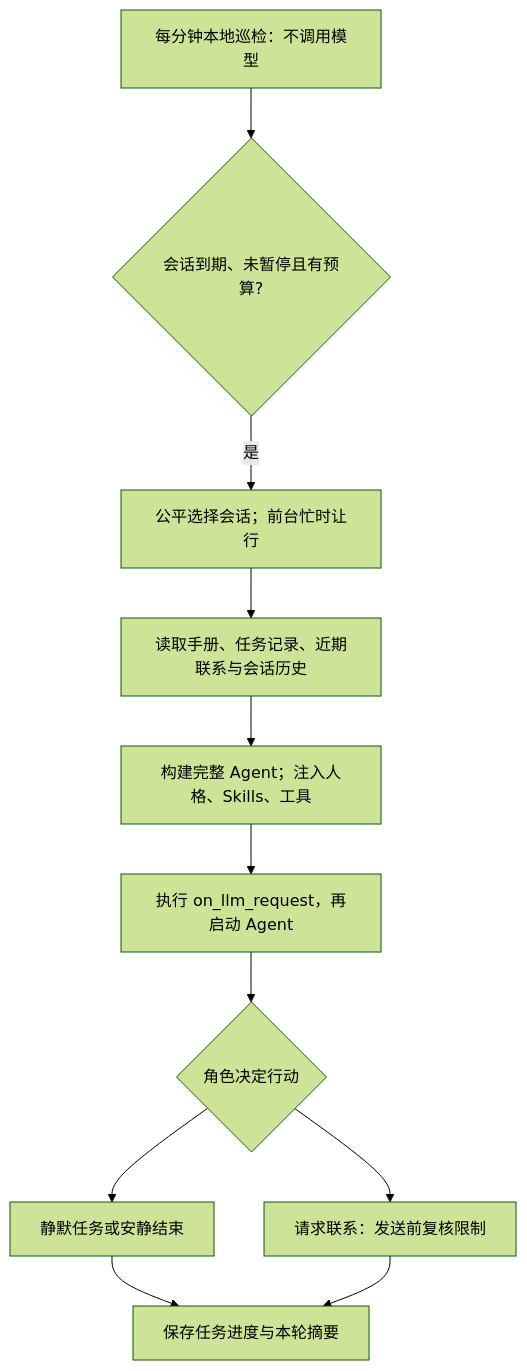
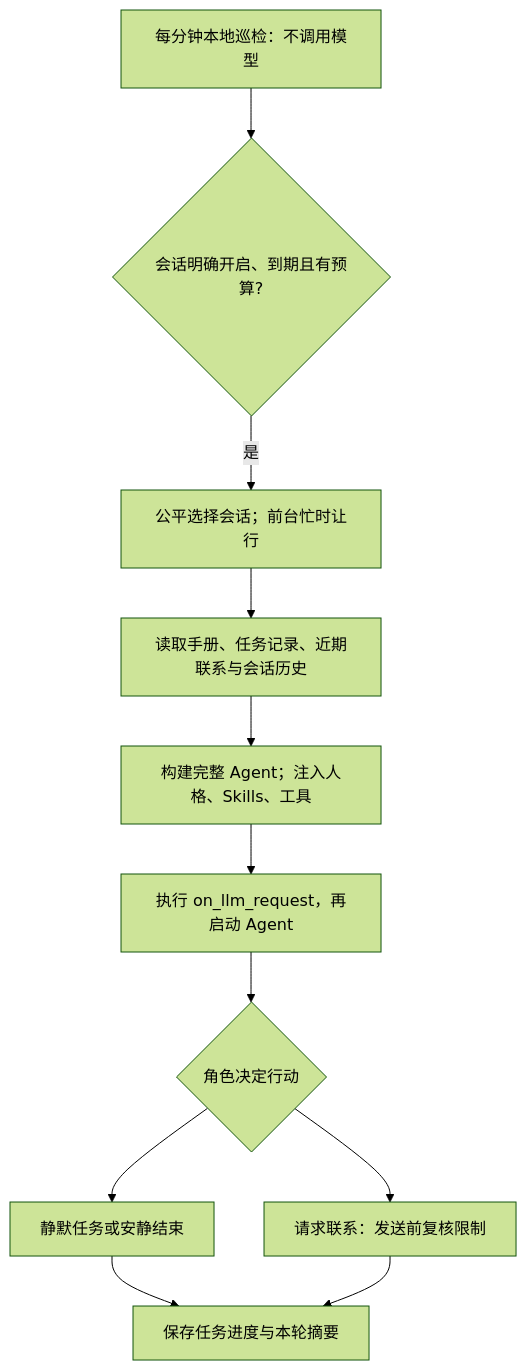
One commit to Neri-0721/astrbot_plugin_heartbeat changed the diagram in README.md. Above: the diagram before and after it, drawn with Mermaid (forest theme). The commit also changed other lines of this file and 14 other files, not shown here.

````diff
--- a/README.md
+++ b/README.md
@@ -19,13 +26,13 @@
 ```mermaid
 flowchart TD
-    A[每分钟本地巡检：不调用模型] --> B{会话到期、未暂停且有预算?}
+    A[每分钟本地巡检：不调用模型] --> B{会话明确开启、到期且有预算?}
     B -->|是| C[公平选择会话；前台忙时让行]
     C --> D[读取手册、任务记录、近期联系与会话历史]
     D --> E[构建完整 Agent；注入人格、Skills、工具]
     E --> F[执行 on_llm_request，再启动 Agent]
     F --> G{角色决定行动}
     G --> H[静默任务或安静结束]
     G --> I[请求联系：发送前复核限制]
     H --> J[保存任务进度与本轮摘要]
     I --> J
 ```
````
